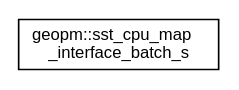
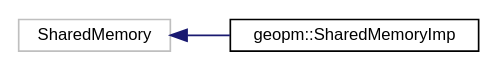
The diagram in geopm-service-dox/inherit_graph_31.dot (geopm/geopm.github.io), drawn with Graphviz before and after one commit. The commit also changed 1083 other files, not shown here.

```diff
--- a/geopm-service-dox/inherit_graph_31.dot
+++ b/geopm-service-dox/inherit_graph_31.dot
@@ -1,8 +1,10 @@
 digraph "Graphical Class Hierarchy"
 {
  // LATEX_PDF_SIZE
   edge [fontname="Helvetica",fontsize="10",labelfontname="Helvetica",labelfontsize="10"];
   node [fontname="Helvetica",fontsize="10",shape=record];
   rankdir="LR";
-  Node0 [label="geopm::sst_cpu_map\l_interface_batch_s",height=0.2,width=0.4,color="black", fillcolor="white", style="filled",URL="$structgeopm_1_1sst__cpu__map__interface__batch__s.html",tooltip=" "];
+  Node65 [label="SharedMemory",height=0.2,width=0.4,color="grey75", fillcolor="white", style="filled",tooltip=" "];
+  Node65 -> Node0 [dir="back",color="midnightblue",fontsize="10",style="solid",fontname="Helvetica"];
+  Node0 [label="geopm::SharedMemoryImp",height=0.2,width=0.4,color="black", fillcolor="white", style="filled",URL="$classgeopm_1_1_shared_memory_imp.html",tooltip=" "];
 }
```
